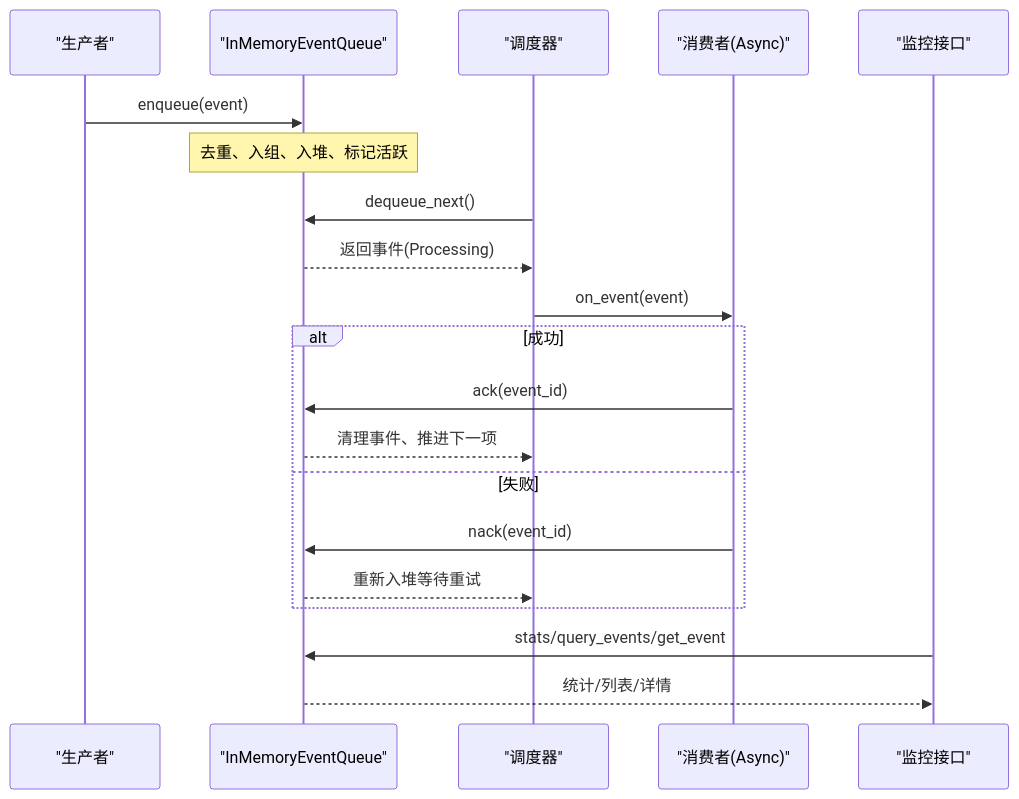
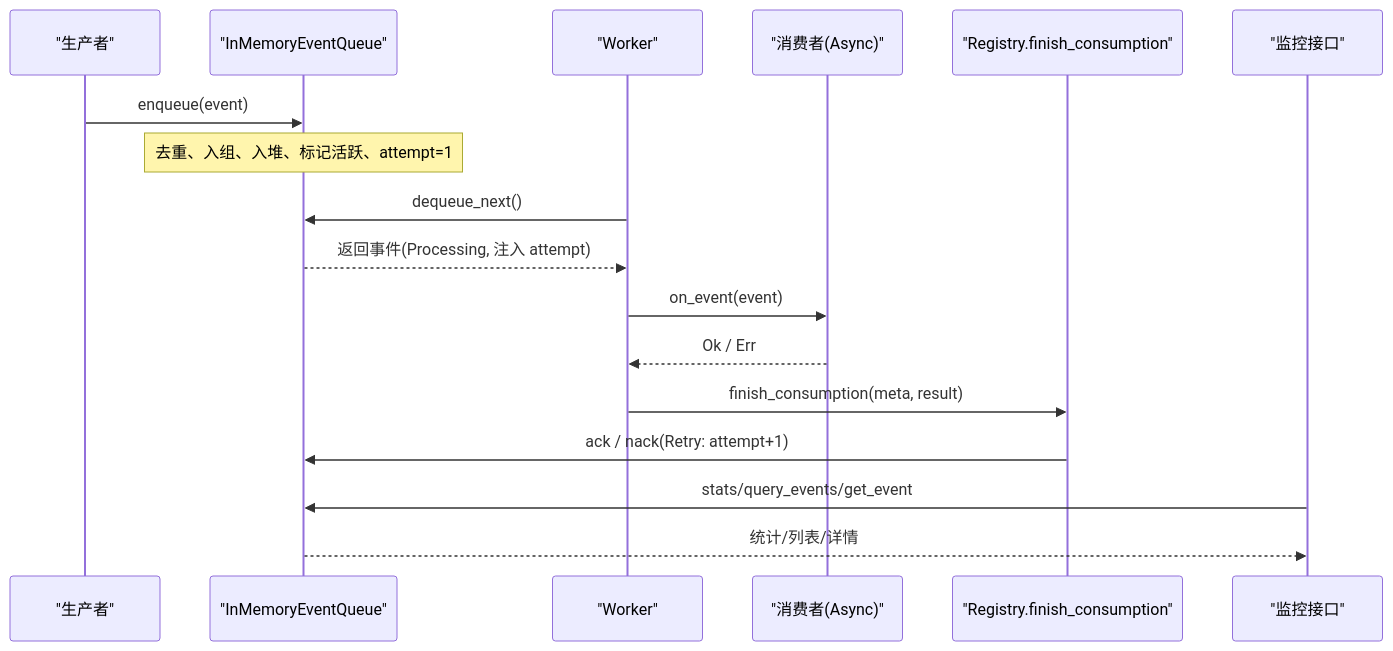
Before and after one commit to runningcoders/ai_orz: the second of 8 diagrams in docs/wiki/zh/content/核心模块/AOP 事件系统/事件队列系统/队列实现.md, drawn with Mermaid. The commit also changed other lines of this file and 37 other files, not shown here.

````diff
--- a/docs/wiki/zh/content/核心模块/AOP 事件系统/事件队列系统/队列实现.md
+++ b/docs/wiki/zh/content/核心模块/AOP 事件系统/事件队列系统/队列实现.md
@@ -84,22 +93,19 @@
 ```mermaid
 sequenceDiagram
 participant P as "生产者"
 participant Q as "InMemoryEventQueue"
-participant S as "调度器"
+participant W as "Worker"
 participant C as "消费者(Async)"
+participant R as "Registry.finish_consumption"
 participant H as "监控接口"
 P->>Q : enqueue(event)
-Note over Q : 去重、入组、入堆、标记活跃
-S->>Q : dequeue_next()
-Q-->>S : 返回事件(Processing)
-S->>C : on_event(event)
-alt 成功
-C->>Q : ack(event_id)
-Q-->>S : 清理事件、推进下一项
-else 失败
-C->>Q : nack(event_id)
-Q-->>S : 重新入堆等待重试
-end
+Note over Q : 去重、入组、入堆、标记活跃、attempt=1
+W->>Q : dequeue_next()
+Q-->>W : 返回事件(Processing, 注入 attempt)
+W->>C : on_event(event)
+C-->>W : Ok / Err
+W->>R : finish_consumption(meta, result)
+R->>Q : ack / nack(Retry: attempt+1)
 H->>Q : stats/query_events/get_event
 Q-->>H : 统计/列表/详情
 ```
````
